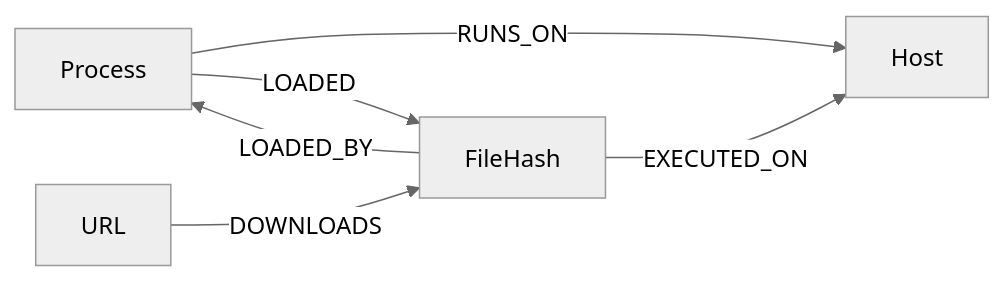
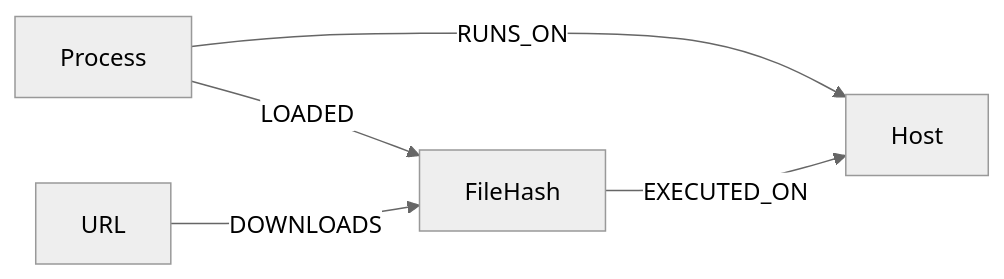
One commit to Nefen22/entity-management-for-soc changed the second of 3 diagrams in docs/database_models.md. Above: the diagram before and after it, drawn with Mermaid (neutral theme). The commit also changed other lines of this file and 3 other files, not shown here.

````diff
--- a/docs/database_models.md
+++ b/docs/database_models.md
@@ -29,8 +16,7 @@
 ```mermaid
 graph LR
 Process -->|RUNS_ON| Host
 Process -->|LOADED| FileHash
+FileHash -->|EXECUTED_ON| Host
 URL -->|DOWNLOADS| FileHash
-FileHash -->|EXECUTED_ON| Host
-FileHash -->|LOADED_BY| Process
 ```
````
